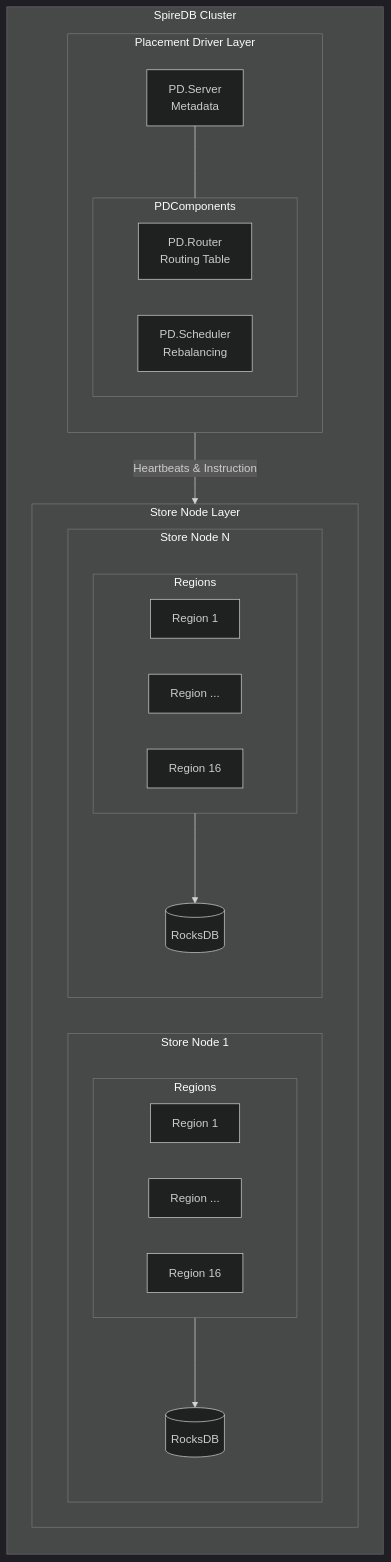
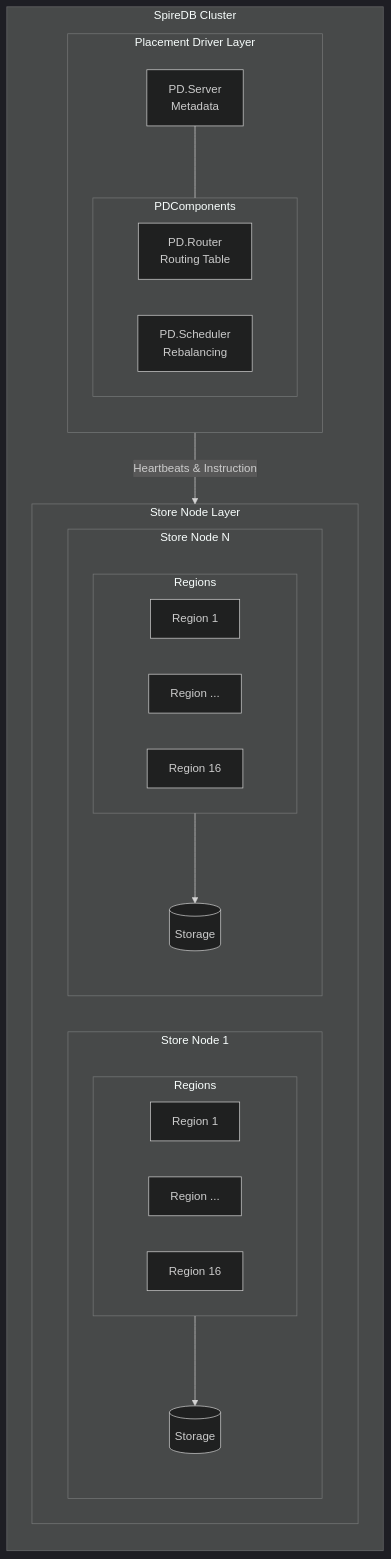
The first of 4 diagrams in docs/architecture.md (spiredb/spiredb.github.io), drawn with Mermaid (dark theme) before and after one commit. The commit also changed other lines of this file and 8 other files, not shown here.

````diff
--- a/docs/architecture.md
+++ b/docs/architecture.md
@@ -7,47 +7,47 @@
 ```mermaid
 graph TB
     subgraph Cluster[SpireDB Cluster]
         direction TB
         
         subgraph PDLayer[Placement Driver Layer]
             direction TB
             PDS[PD.Server<br/>Metadata]
             subgraph PDComponents
                 direction LR
                 PDR[PD.Router<br/>Routing Table]
                 PDSched[PD.Scheduler<br/>Rebalancing]
             end
             PDS --- PDComponents
         end
 
         subgraph StoreLayer[Store Node Layer]
             direction LR
             
             subgraph Node1[Store Node 1]
                 direction TB
                 subgraph N1Regions[Regions]
                     direction LR
                     N1R1[Region 1]
                     N1R2[Region ...]
                     N1R16[Region 16]
                 end
-                N1Rocks[(RocksDB)]
-                N1Regions --> N1Rocks
+                N1Store[(Storage)]
+                N1Regions --> N1Store
             end
 
             subgraph NodeN[Store Node N]
                 direction TB
                 subgraph NNRegions[Regions]
                     direction LR
                     NNR1[Region 1]
                     NNR2[Region ...]
                     NNR16[Region 16]
                 end
-                NNRocks[(RocksDB)]
-                NNRegions --> NNRocks
+                NNStore[(Storage)]
+                NNRegions --> NNStore
             end
         end
 
         PDLayer -->|Heartbeats & Instruction| StoreLayer
     end
 ```
````
